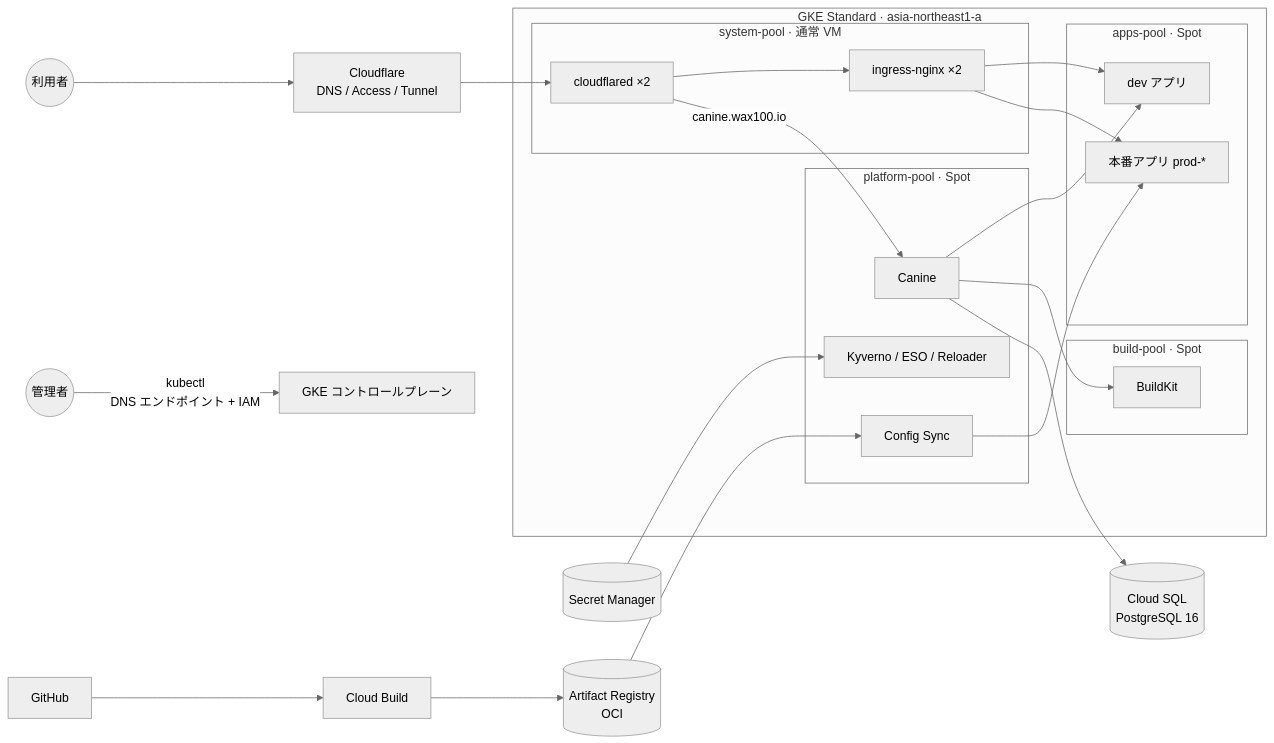
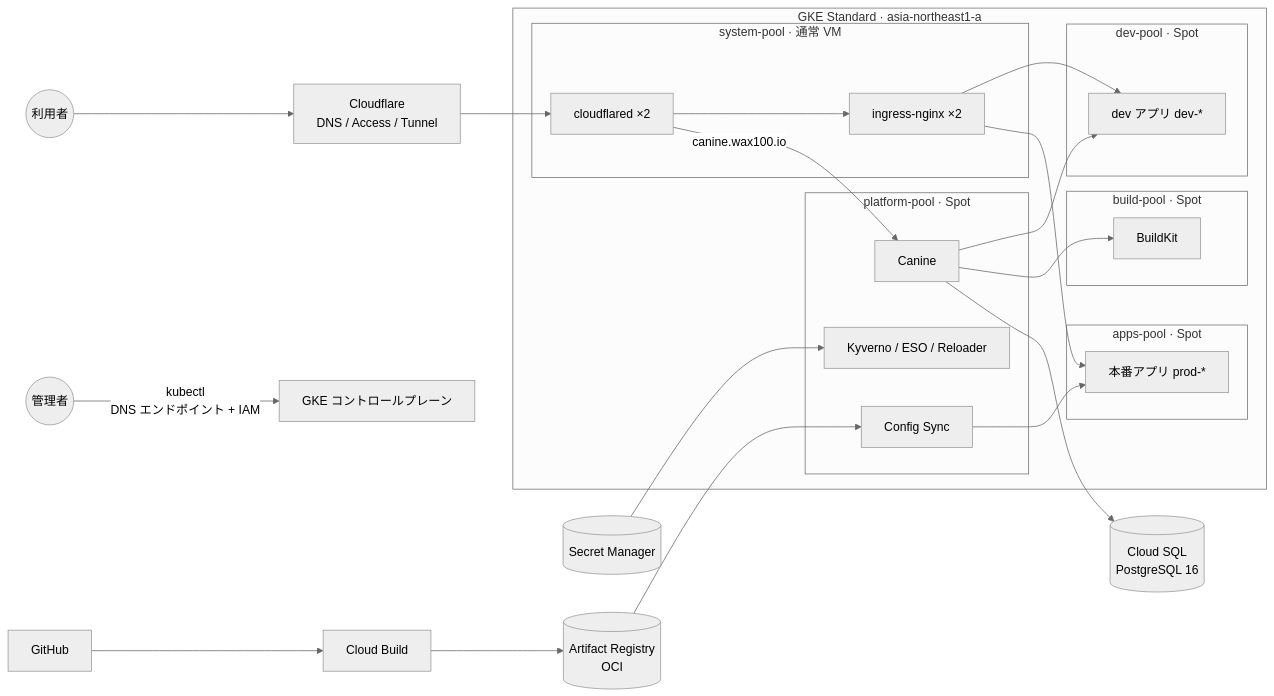
The diagram in README.md (waxsd100/k8s-platform), drawn with Mermaid (neutral theme) before and after one commit. The commit also changed other lines of this file and 15 other files, not shown here.

First line of the commit message:
feat: separate dev and prod apps by namespace, node pool, network and kubectl context

````diff
--- a/README.md
+++ b/README.md
@@ -15,33 +15,35 @@
 ```mermaid
 flowchart LR
   user((利用者)) --> cf[Cloudflare<br/>DNS / Access / Tunnel]
   admin((管理者)) -->|kubectl<br/>DNS エンドポイント + IAM| cp[GKE コントロールプレーン]
 
   subgraph gke[GKE Standard · asia-northeast1-a]
     subgraph sys[system-pool · 通常 VM]
       cfd[cloudflared ×2] --> nginx[ingress-nginx ×2]
     end
     subgraph plat[platform-pool · Spot]
       canine[Canine]
       cs[Config Sync]
       kyv[Kyverno / ESO / Reloader]
     end
     subgraph apps[apps-pool · Spot]
-      dev[dev アプリ]
       prod[本番アプリ prod-*]
+    end
+    subgraph devp[dev-pool · Spot]
+      dev[dev アプリ dev-*]
     end
     subgraph build[build-pool · Spot]
       bk[BuildKit]
     end
   end
 
   cf --> cfd
   nginx --> dev & prod
   cfd -->|canine.wax100.io| canine
   canine --> dev
   canine --> bk
 
   gh[GitHub] --> cb[Cloud Build] --> ar[(Artifact Registry<br/>OCI)] --> cs --> prod
   sm[(Secret Manager)] --> kyv
   canine --> sql[(Cloud SQL<br/>PostgreSQL 16)]
 ```
````
